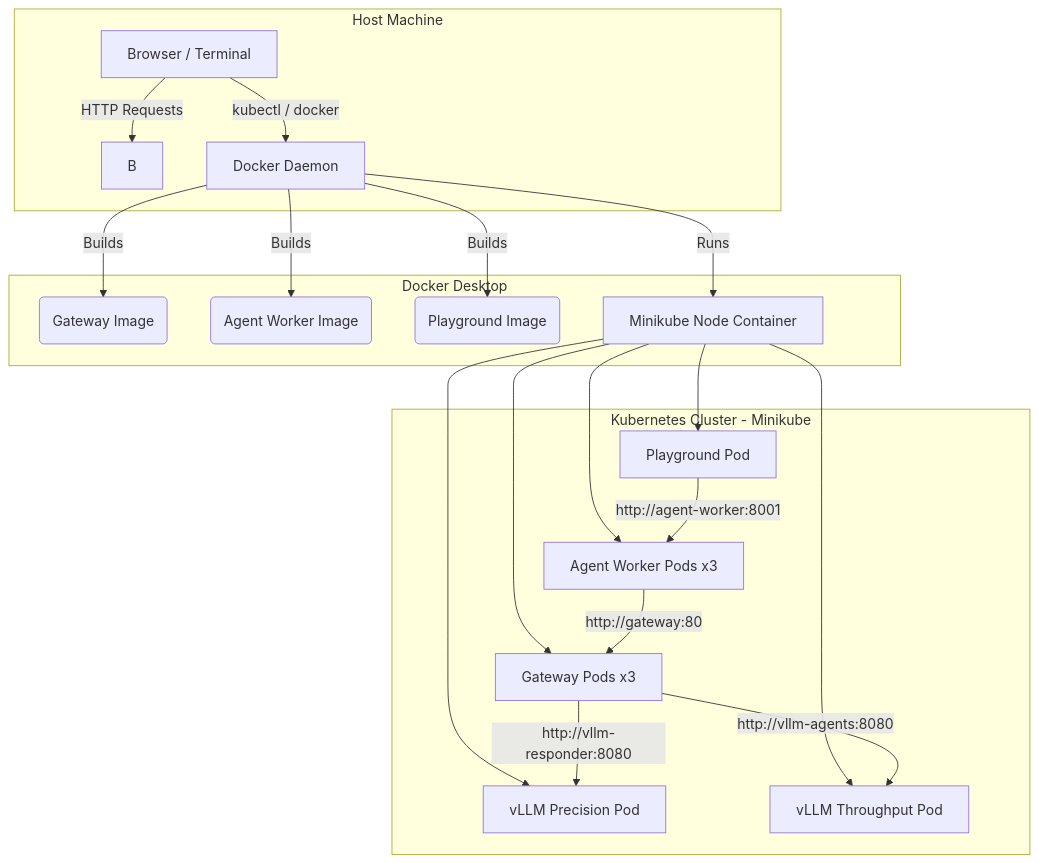
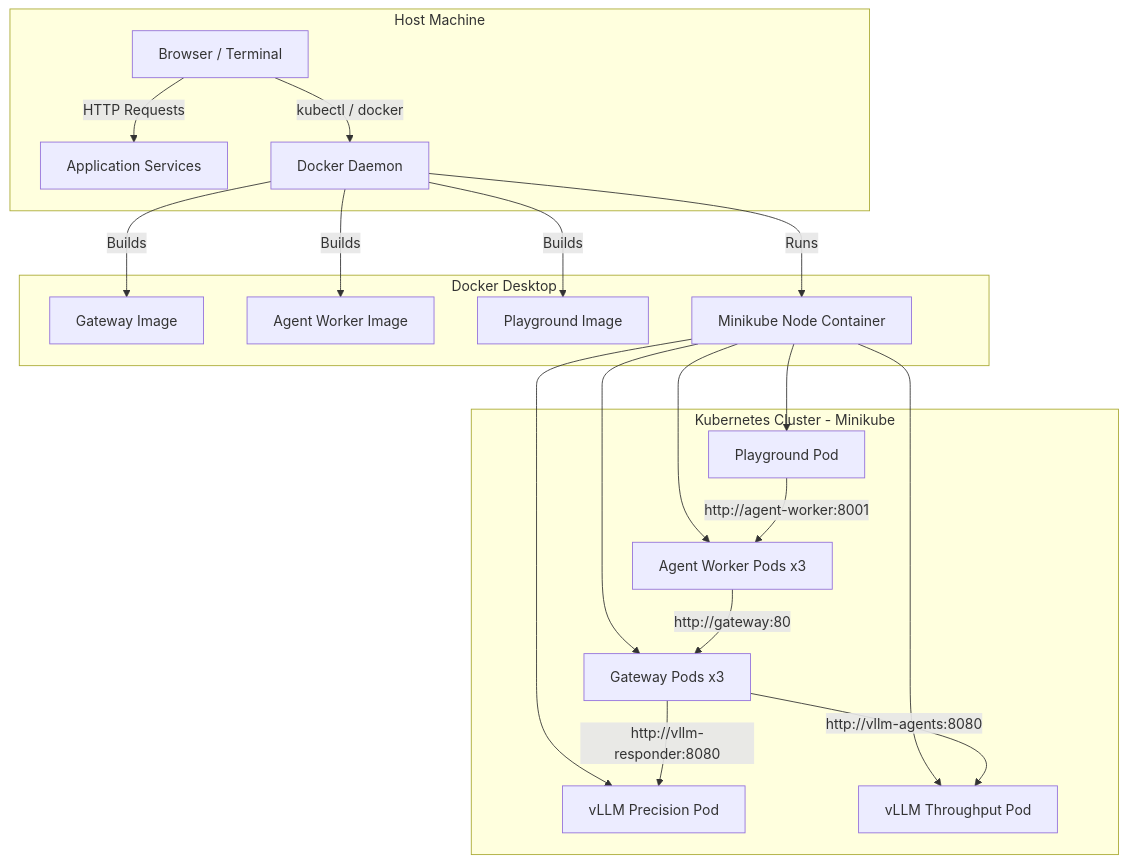
One commit to savyasachi6/llm-serving-platform changed the first of 2 diagrams in docs/architecture/system_flow_guide.md. Above: the diagram before and after it, drawn with Mermaid. The commit also changed 68 other files, not shown here.

````diff
--- a/docs/architecture/system_flow_guide.md
+++ b/docs/architecture/system_flow_guide.md
@@ -15,26 +15,26 @@
 ```mermaid
 graph TD
-    subgraph Host Machine
-        A[Browser / Terminal] -->|HTTP Requests| B
-        A -->|kubectl / docker| C[Docker Daemon]
+    subgraph HostMachine ["Host Machine"]
+        A["Browser / Terminal"] -->|HTTP Requests| B["Application Services"]
+        A -->|kubectl / docker| C["Docker Daemon"]
     end
     
-    subgraph Docker Desktop
-        C -->|Builds| D(Gateway Image)
-        C -->|Builds| D2(Agent Worker Image)
-        C -->|Builds| D3(Playground Image)
-        C -->|Runs| E[Minikube Node Container]
+    subgraph DockerDesktop ["Docker Desktop"]
+        C -->|Builds| D["Gateway Image"]
+        C -->|Builds| D2["Agent Worker Image"]
+        C -->|Builds| D3["Playground Image"]
+        C -->|Runs| E["Minikube Node Container"]
     end
     
-    subgraph Kubernetes Cluster - Minikube
-        E --> F[Gateway Pods x3]
-        E --> G1[vLLM Precision Pod]
-        E --> G2[vLLM Throughput Pod]
-        E --> H[Agent Worker Pods x3]
-        E --> I[Playground Pod]
+    subgraph K8sCluster ["Kubernetes Cluster - Minikube"]
+        E --> F["Gateway Pods x3"]
+        E --> G1["vLLM Precision Pod"]
+        E --> G2["vLLM Throughput Pod"]
+        E --> H["Agent Worker Pods x3"]
+        E --> I["Playground Pod"]
         H -->|http://gateway:80| F
         F -->|http://vllm-responder:8080| G1
         F -->|http://vllm-agents:8080| G2
         I -->|http://agent-worker:8001| H
     end
 ```
````
